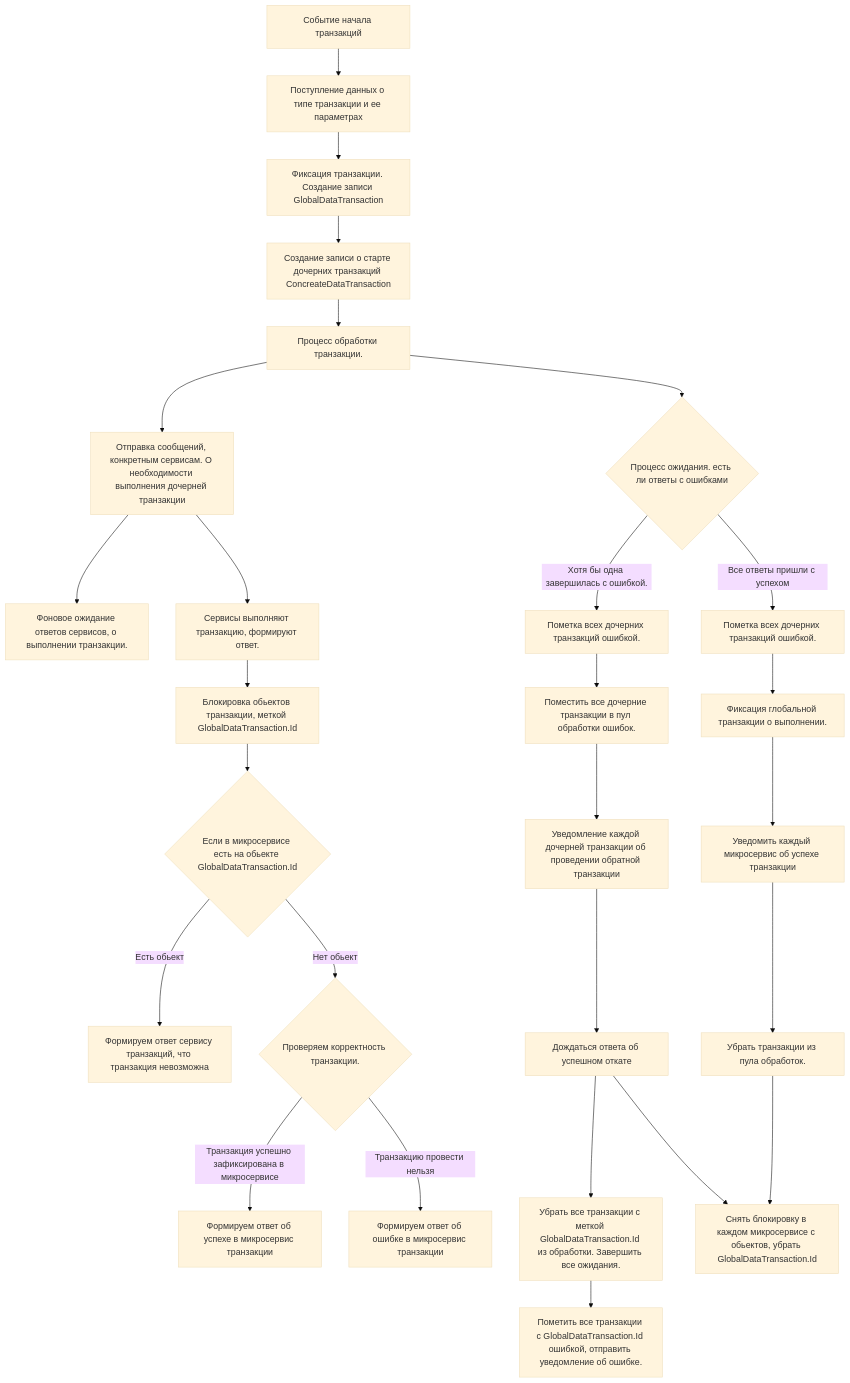
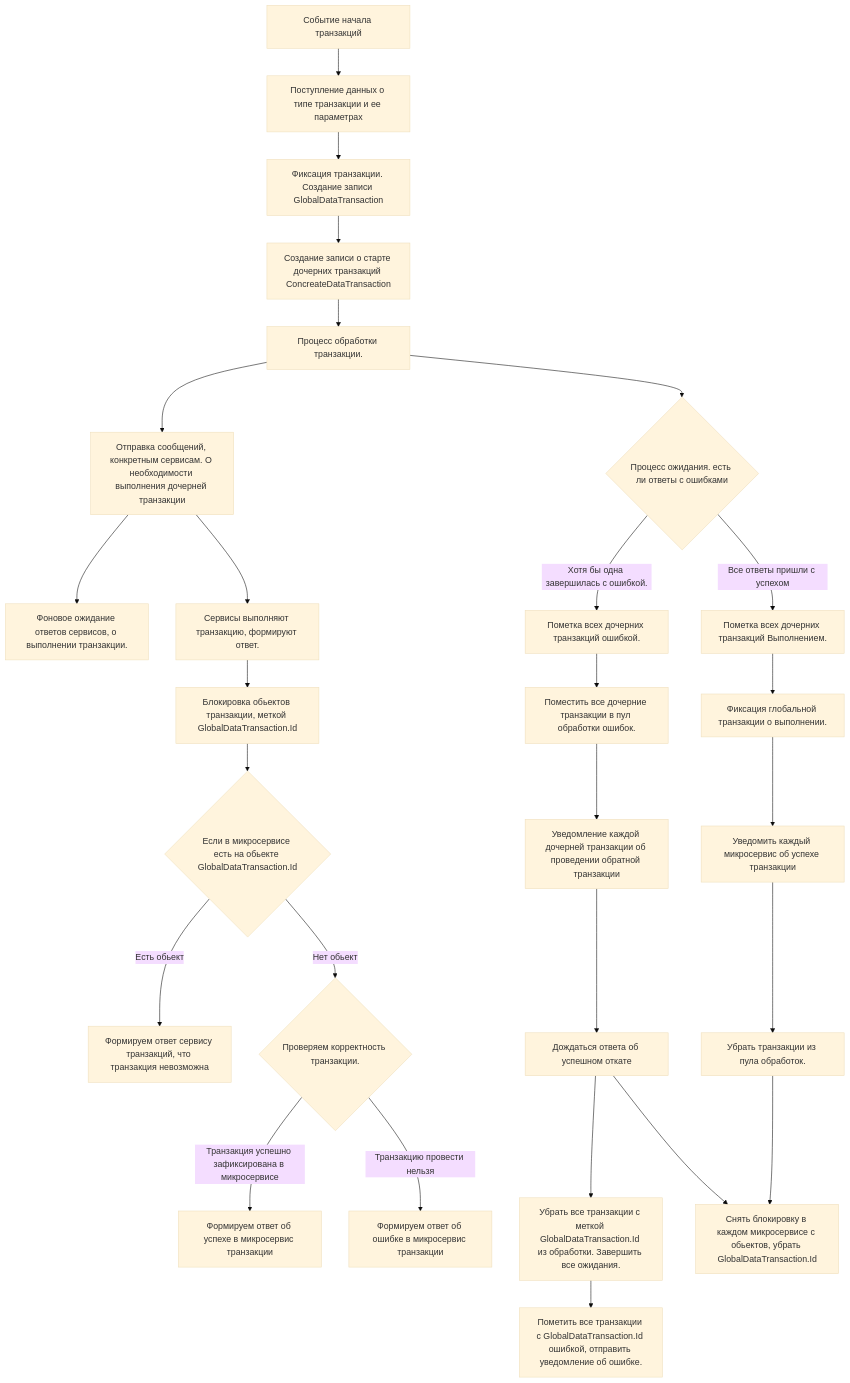
The diagram in TransactionService/ReadMe.md (seesharktwo/markershtern), drawn with Mermaid (base theme) before and after one commit.

Commit message:
Fix the schema

````diff
--- a/TransactionService/ReadMe.md
+++ b/TransactionService/ReadMe.md
@@ -2,30 +2,30 @@
 ```mermaid
 graph TD
 
 A[Событие начала транзакций] -->B[Поступление данных о типе транзакции и ее параметрах]
 B-->C[Фиксация транзакции. Создание записи GlobalDataTransaction]
 C-->D[Создание записи о старте дочерних транзакций ConcreateDataTransaction]
 D-->F[Процесс обработки транзакции.]
 F-->FF[Отправка сообщений, конкретным сервисам. О необходимости выполнения дочерней транзакции]
 F-->G{Процесс ожидания. есть ли ответы с ошибками }
 FF-->FFF[Фоновое ожидание ответов сервисов, о выполнении транзакции. ]
 FF-->T[Сервисы выполняют транзакцию, формируют ответ.]
 T-->TT[Блокировка обьектов транзакции, меткой GlobalDataTransaction.Id]
 TT-->TTT{Если в микросервисе есть на обьекте GlobalDataTransaction.Id}
 TTT-->|Есть обьект| TTTY[Формируем ответ сервису транзакций, что транзакция невозможна]
 TTT-->|Нет обьект| TTTN{Проверяем корректность транзакции.}
 TTTN--> |Транзакция успешно зафиксирована в микросервисе| TTTNY[Формируем ответ об успехе в микросервис транзакции]
 TTTN--> |Транзакцию провести нельзя| TTTNN[Формируем ответ об ошибке в микросервис транзакции]
 G--> |Хотя бы одна завершилась с ошибкой.| GN[Пометка всех дочерних транзакций ошибкой.]
 GN-->GNO[Поместить все дочерние транзакции в пул обработки ошибок. ]
 GNO--> GNOG[Уведомление каждой дочерней транзакции об проведении обратной транзакции]
 GNOG--> GNOGO[Дождаться ответа об успешном откате]
 GNOGO-->GNOGOG[Убрать все транзакции с меткой GlobalDataTransaction.Id из обработки. Завершить все ожидания.]
 GNOGOG-->GNOGOGG[Пометить все транзакции с GlobalDataTransaction.Id ошибкой, отправить уведомление об ошибке. ] 
 GNOGO-->DownBlock[Снять блокировку в каждом микросервисе с обьектов, убрать GlobalDataTransaction.Id]
-G-->|Все ответы пришли с успехом| GY[Пометка всех дочерних транзакций ошибкой.]
+G-->|Все ответы пришли с успехом| GY[Пометка всех дочерних транзакций Выполнением.]
 GY --> GYG[Фиксация глобальной транзакции о выполнении.]
 GYG --> GYGO[Уведомить каждый микросервис об успехе транзакции]
 GYGO -->GYGOG[Убрать транзакции из пула обработок.]
 GYGOG -->DownBlock
 ```
````
